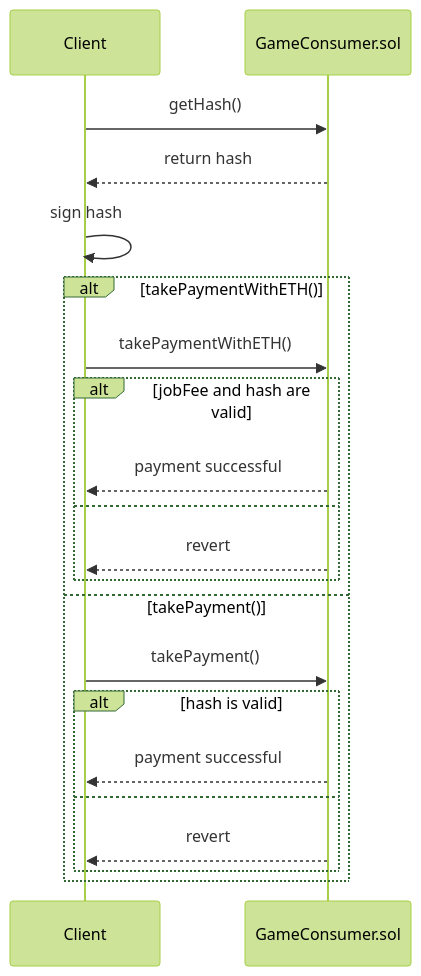
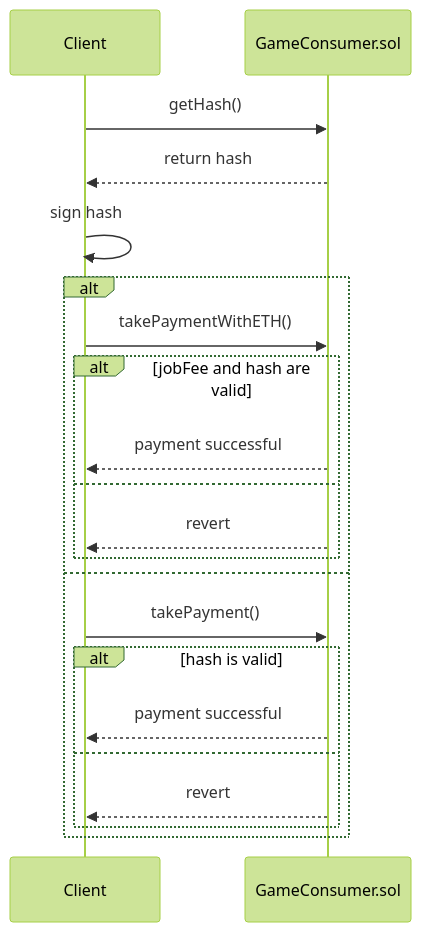
The diagram in doc/features/Harvesting.md (ZTX-Foundation/tuxedo), drawn with Mermaid (forest theme) before and after one commit. The commit also changed 1 other file, not shown here.

Commit message:
chore: sequence diagram updates

````diff
--- a/doc/features/Harvesting.md
+++ b/doc/features/Harvesting.md
@@ -15,23 +15,23 @@
 ```mermaid
 sequenceDiagram
     participant Client
     participant GameConsumer.sol
     Client->>GameConsumer.sol: getHash()
     GameConsumer.sol-->>Client: return hash
     Client->>Client: sign hash
-    alt takePaymentWithETH()
+    alt
         Client->>GameConsumer.sol: takePaymentWithETH()
         alt jobFee and hash are valid
             GameConsumer.sol-->>Client: payment successful
         else
             GameConsumer.sol-->>Client: revert
         end
-    else takePayment()
+    else
         Client->>GameConsumer.sol: takePayment()
         alt hash is valid
             GameConsumer.sol-->>Client: payment successful
         else
             GameConsumer.sol-->>Client: revert
         end 
     end
 ```
````
